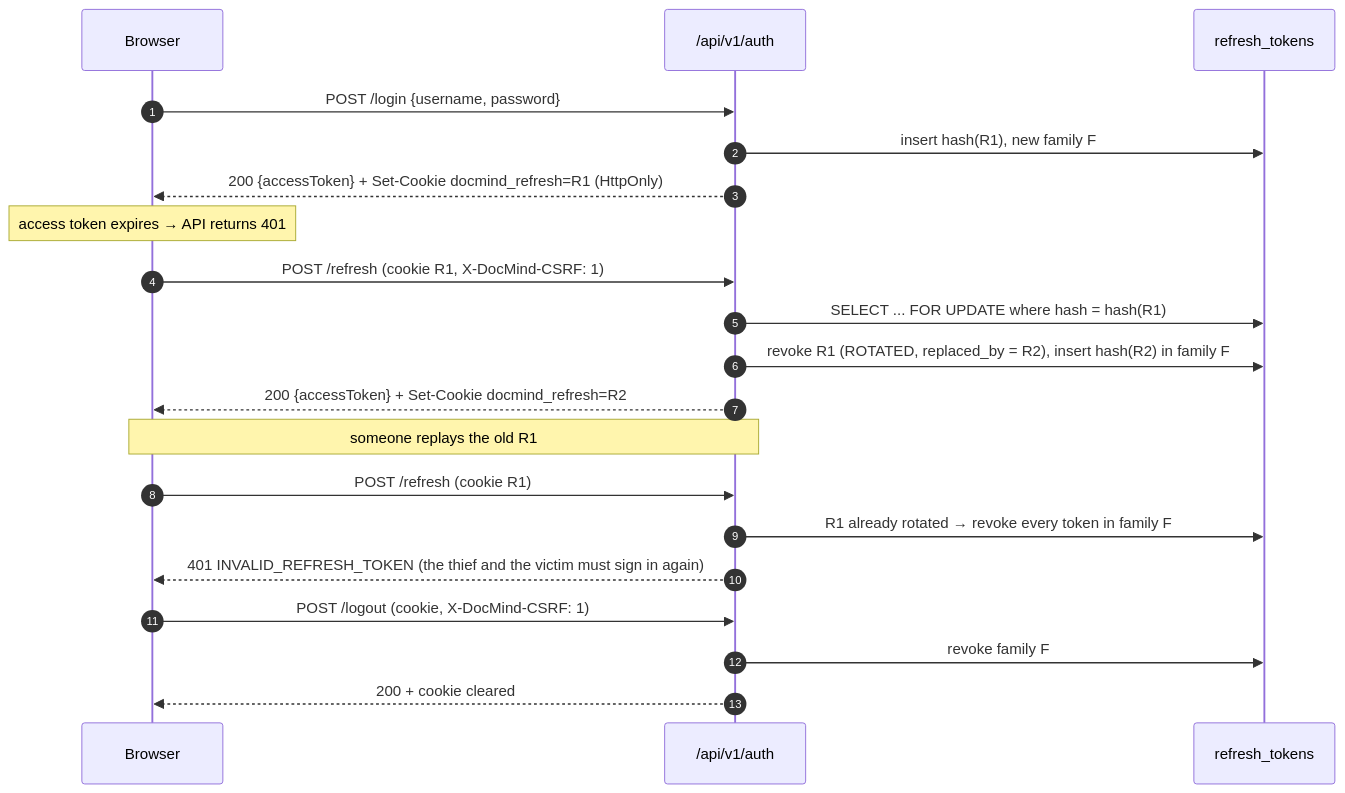
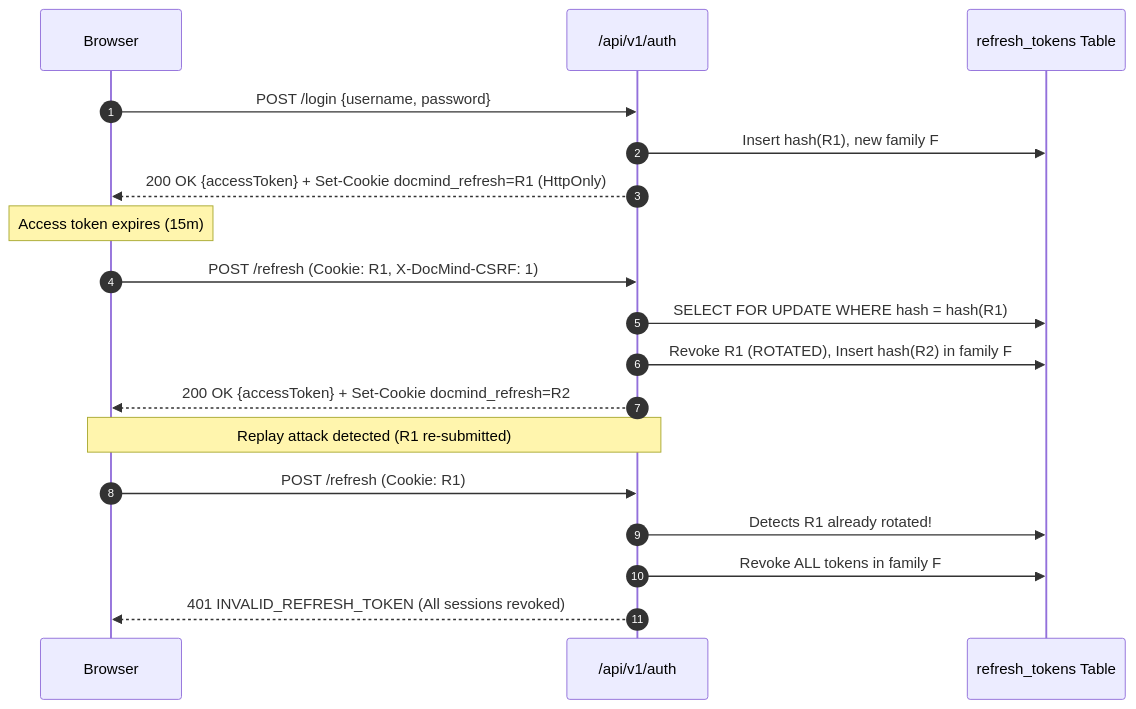
Before and after one commit to sahamon-141/docmind: the third of 5 diagrams in README.md, drawn with Mermaid. The commit also changed other lines of this file and 4 other files, not shown here.

````diff
--- a/README.md
+++ b/README.md
@@ -162,26 +227,23 @@
 ```mermaid
 sequenceDiagram
     autonumber
-    participant B as Browser
-    participant A as /api/v1/auth
-    participant DB as refresh_tokens
+    participant Browser as Browser
+    participant Auth as /api/v1/auth
+    participant DB as refresh_tokens Table
 
-    B->>A: POST /login {username, password}
-    A->>DB: insert hash(R1), new family F
-    A-->>B: 200 {accessToken} + Set-Cookie docmind_refresh=R1 (HttpOnly)
+    Browser->>Auth: POST /login {username, password}
+    Auth->>DB: Insert hash(R1), new family F
+    Auth-->>Browser: 200 OK {accessToken} + Set-Cookie docmind_refresh=R1 (HttpOnly)
 
-    Note over B: access token expires → API returns 401
-    B->>A: POST /refresh (cookie R1, X-DocMind-CSRF: 1)
-    A->>DB: SELECT ... FOR UPDATE where hash = hash(R1)
-    A->>DB: revoke R1 (ROTATED, replaced_by = R2), insert hash(R2) in family F
-    A-->>B: 200 {accessToken} + Set-Cookie docmind_refresh=R2
+    Note over Browser: Access token expires (15m)
+    Browser->>Auth: POST /refresh (Cookie: R1, X-DocMind-CSRF: 1)
+    Auth->>DB: SELECT FOR UPDATE WHERE hash = hash(R1)
+    Auth->>DB: Revoke R1 (ROTATED), Insert hash(R2) in family F
+    Auth-->>Browser: 200 OK {accessToken} + Set-Cookie docmind_refresh=R2
 
-    Note over B,A: someone replays the old R1
-    B->>A: POST /refresh (cookie R1)
-    A->>DB: R1 already rotated → revoke every token in family F
-    A-->>B: 401 INVALID_REFRESH_TOKEN (the thief and the victim must sign in again)
-
-    B->>A: POST /logout (cookie, X-DocMind-CSRF: 1)
-    A->>DB: revoke family F
-    A-->>B: 200 + cookie cleared
+    Note over Browser,Auth: Replay attack detected (R1 re-submitted)
+    Browser->>Auth: POST /refresh (Cookie: R1)
+    Auth->>DB: Detects R1 already rotated!
+    Auth->>DB: Revoke ALL tokens in family F
+    Auth-->>Browser: 401 INVALID_REFRESH_TOKEN (All sessions revoked)
 ```
````
